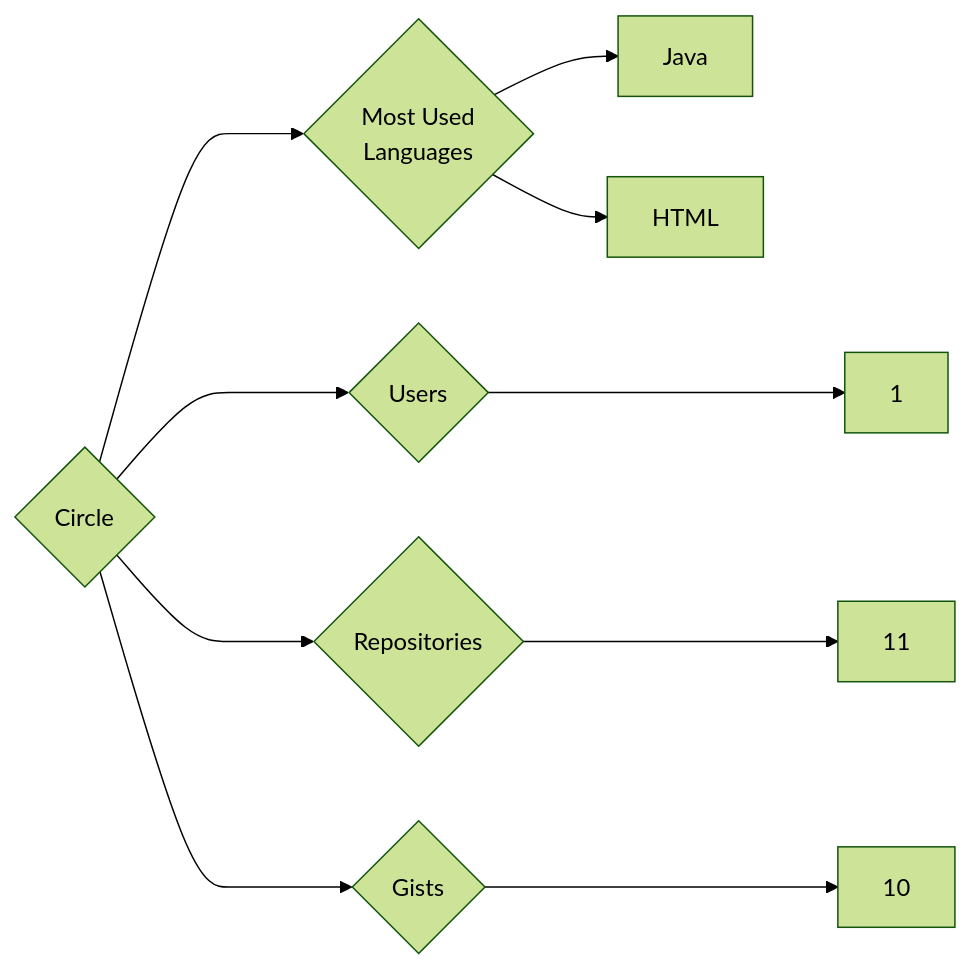
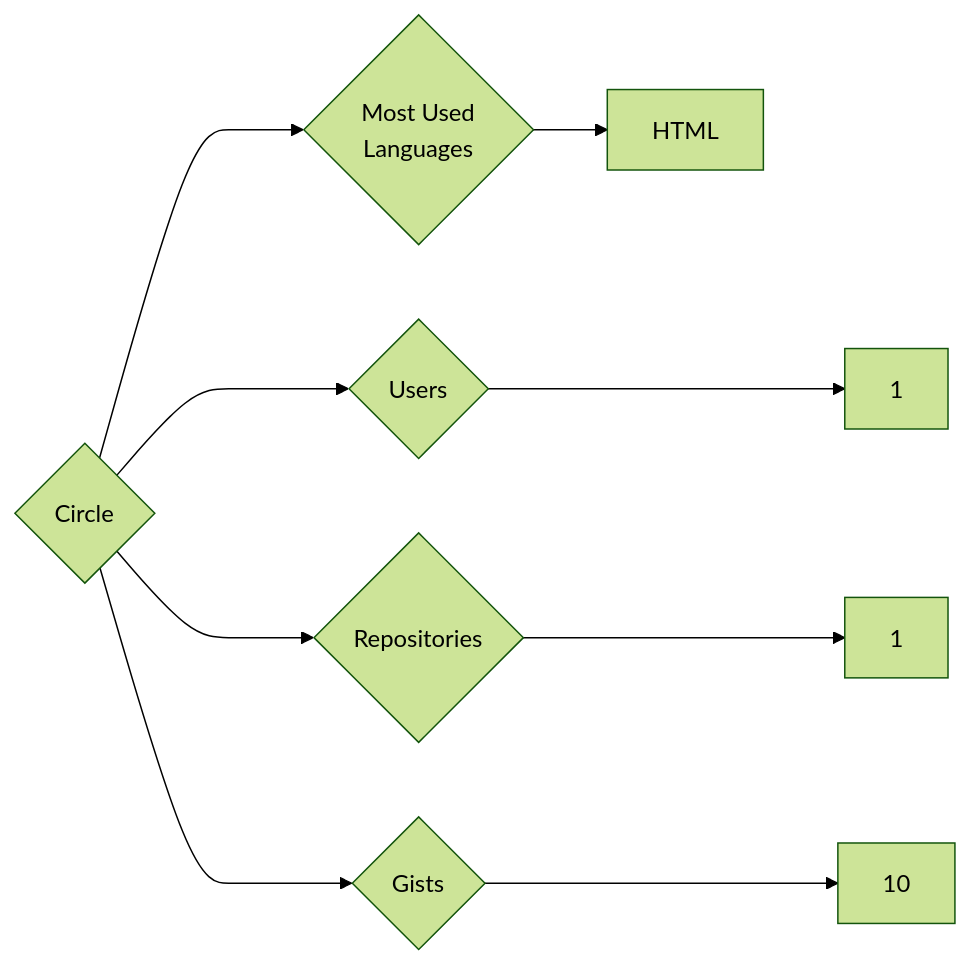
One commit to trickest/insiders changed the diagram in targets/Circle/README.md. Above: the diagram before and after it, drawn with Mermaid (forest theme). The commit also changed 559 other files, not shown here.

````diff
--- a/targets/Circle/README.md
+++ b/targets/Circle/README.md
@@ -3,10 +3,9 @@
 ```mermaid
 graph LR
 COMPANY_NAME{Circle}
 COMPANY_NAME ---> U{Users} ---> UN[1]
-COMPANY_NAME ---> R{Repositories} ---> RN[11]
+COMPANY_NAME ---> R{Repositories} ---> RN[1]
 COMPANY_NAME ---> G{Gists} ---> GN[10]
 COMPANY_NAME ---> ML{Most Used<br>Languages}
-ML --> Java[Java]
 ML --> HTML[HTML]
 ```
````
